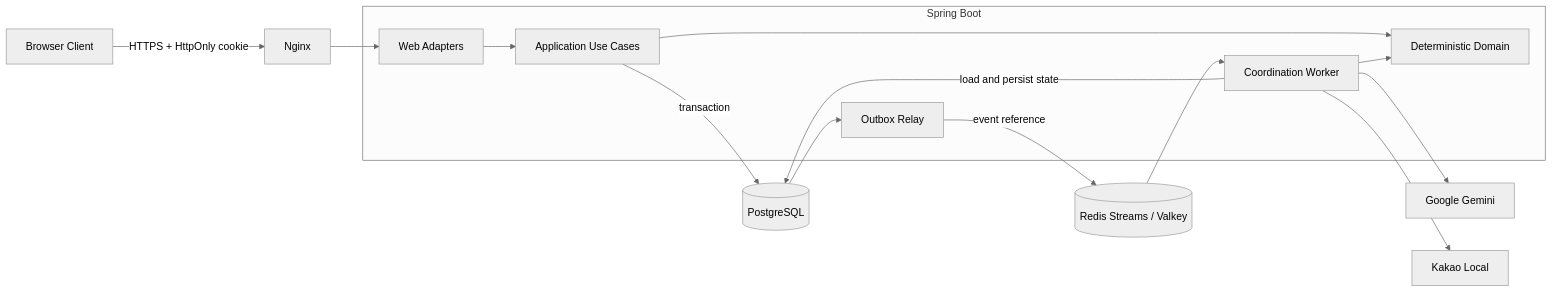
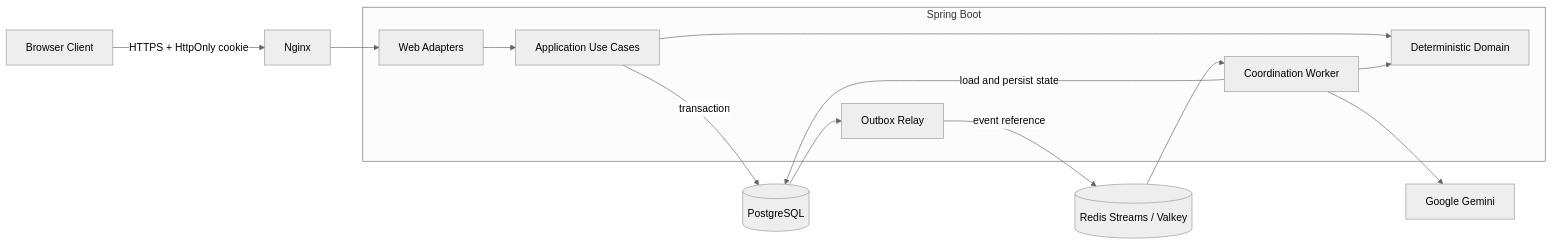
One commit to meet-me-duo/meet-me-server changed the diagram in README.md. Above: the diagram before and after it, drawn with Mermaid (neutral theme). The commit also changed other lines of this file and 32 other files, not shown here.

````diff
--- a/README.md
+++ b/README.md
@@ -97,21 +97,20 @@
 ```mermaid
 flowchart LR
     Client[Browser Client] -->|HTTPS + HttpOnly cookie| Nginx[Nginx]
     Nginx --> Web[Web Adapters]
 
     subgraph Spring[Spring Boot]
         Web --> App[Application Use Cases]
         App --> Domain[Deterministic Domain]
         Relay[Outbox Relay]
         Worker[Coordination Worker]
         Worker --> Domain
     end
 
     App -->|transaction| PG[(PostgreSQL)]
     PG --> Relay
     Relay -->|event reference| Stream[(Redis Streams / Valkey)]
     Stream --> Worker
     Worker -->|load and persist state| PG
     Worker --> Gemini[Google Gemini]
-    Worker --> Kakao[Kakao Local]
 ```
````
